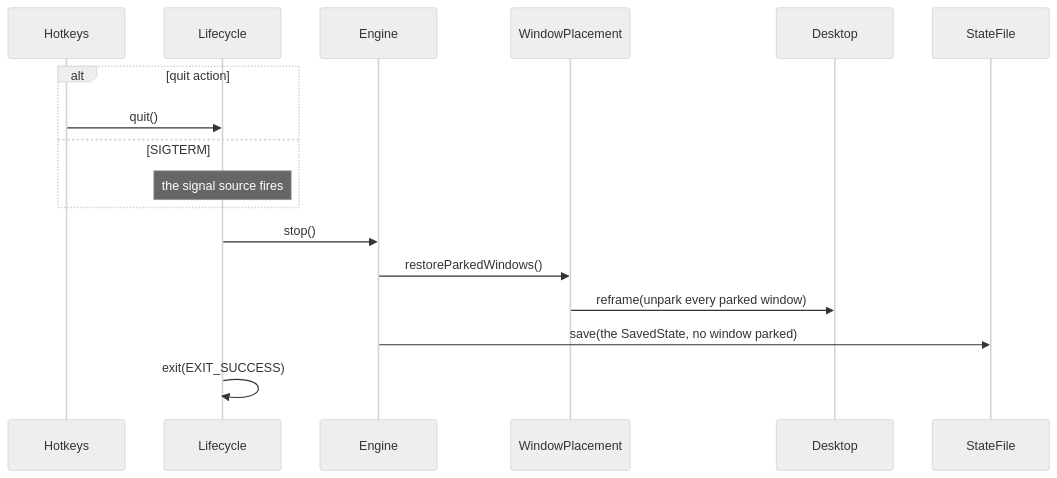
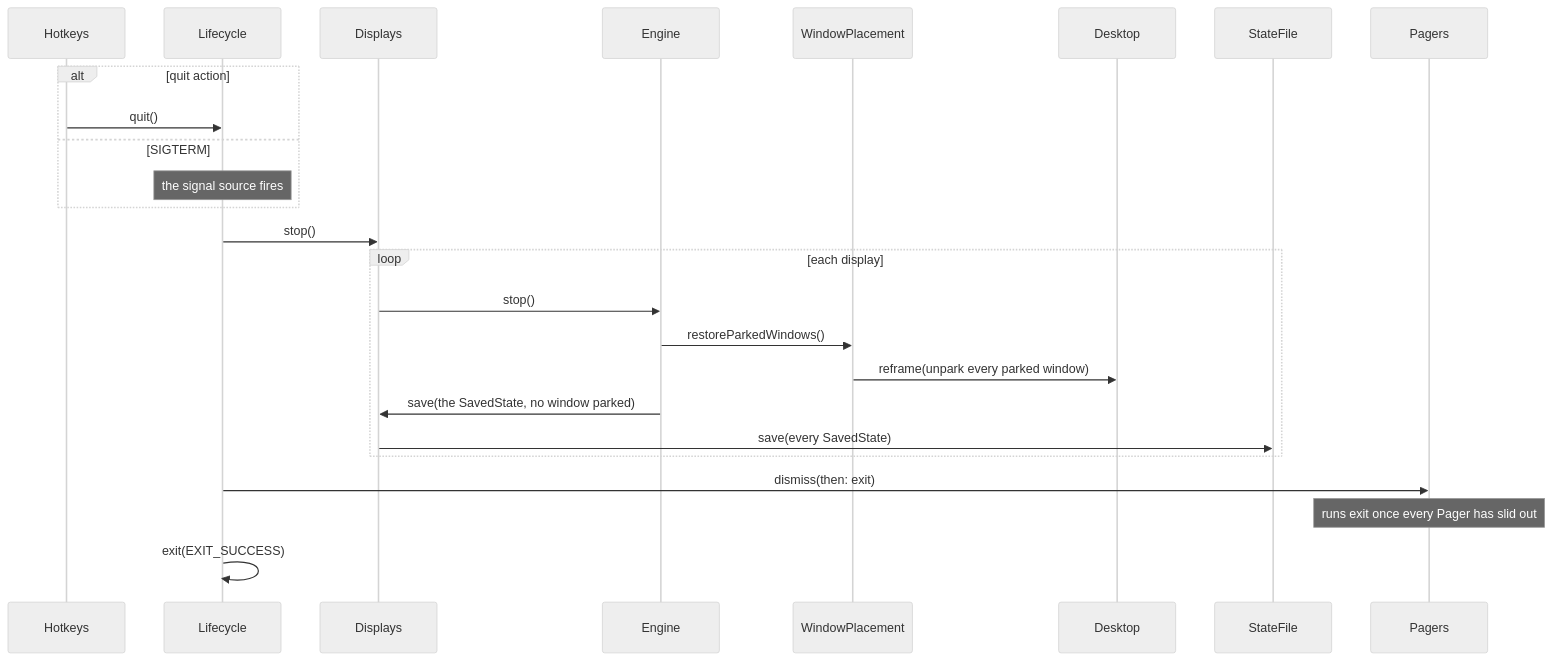
One commit to brennovich/ottowm changed diagram 22 of 26 in ARCHITECTURE.md. Above: the diagram before and after it, drawn with Mermaid (neutral theme). The commit also changed other lines of this file and 1 other file, not shown here.

First line of the commit message:
Document one engine and one Pager per display

````diff
--- a/ARCHITECTURE.md
+++ b/ARCHITECTURE.md
@@ -436,13 +556,19 @@
 ```mermaid
 sequenceDiagram
     alt quit action
         Hotkeys->>Lifecycle: quit()
     else SIGTERM
         Note over Lifecycle: the signal source fires
     end
-    Lifecycle->>Engine: stop()
-    Engine->>WindowPlacement: restoreParkedWindows()
-    WindowPlacement->>Desktop: reframe(unpark every parked window)
-    Engine->>StateFile: save(the SavedState, no window parked)
+    Lifecycle->>Displays: stop()
+    loop each display
+        Displays->>Engine: stop()
+        Engine->>WindowPlacement: restoreParkedWindows()
+        WindowPlacement->>Desktop: reframe(unpark every parked window)
+        Engine->>Displays: save(the SavedState, no window parked)
+        Displays->>StateFile: save(every SavedState)
+    end
+    Lifecycle->>Pagers: dismiss(then: exit)
+    Note over Pagers: runs exit once every Pager has slid out
     Lifecycle->>Lifecycle: exit(EXIT_SUCCESS)
 ```
````
